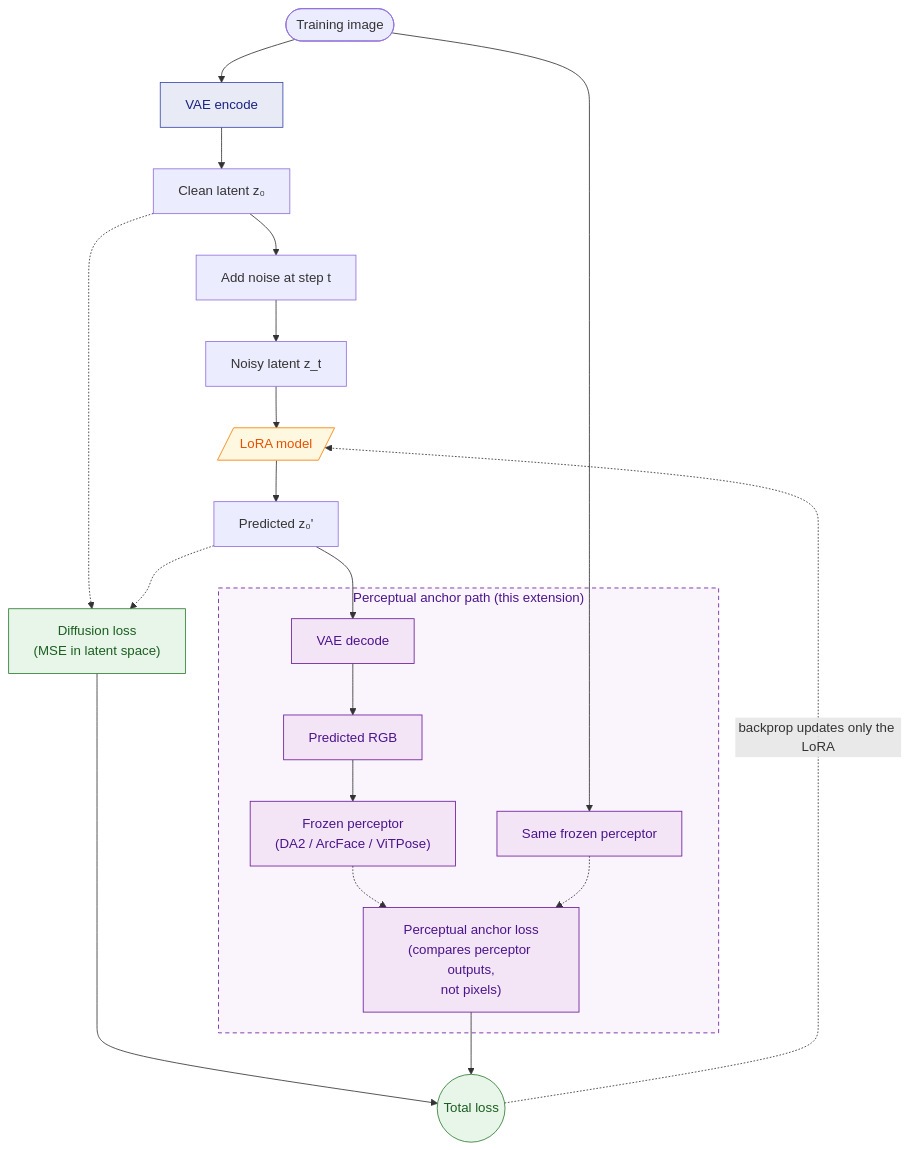
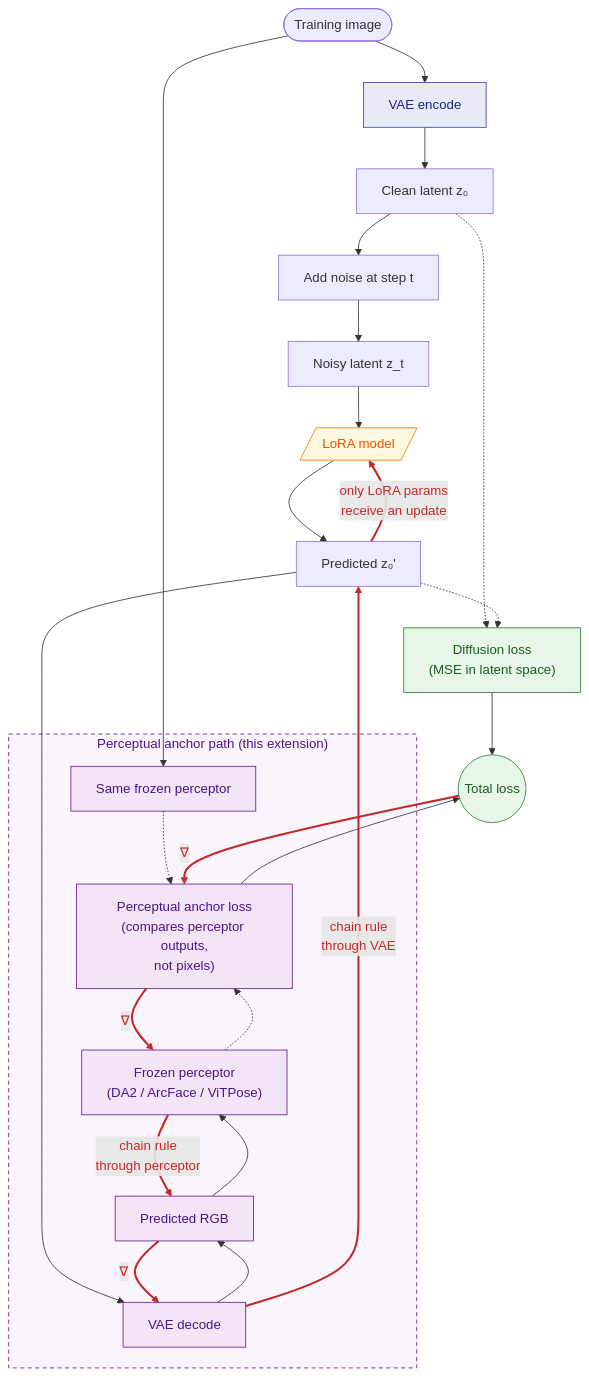
One commit to BuffaloBuffaloBuffaloBuffalo/ai-toolkit-perceptual changed the diagram in README.md. Above: the diagram before and after it, drawn with Mermaid. The commit also changed other lines of this file, not shown here.

Commit message:
README: trace the backward pass through perceptor and VAE in the diagram

````diff
--- a/README.md
+++ b/README.md
@@ -27,43 +27,53 @@
 ```mermaid
 flowchart TD
     GT([Training image])
     GT --> Encode[VAE encode]
     Encode --> Z0[Clean latent z₀]
     Z0 --> Noise[Add noise at step t]
     Noise --> Zt[Noisy latent z_t]
     Zt --> Model[/LoRA model/]
     Model --> Zhat[Predicted z₀']
 
     Z0 -.-> Diff["Diffusion loss<br/>(MSE in latent space)"]
     Zhat -.-> Diff
 
     subgraph Perceptual["Perceptual anchor path (this extension)"]
         Decode[VAE decode]
         RGBp[Predicted RGB]
         Pp["Frozen perceptor<br/>(DA2 / ArcFace / ViTPose)"]
         Pg[Same frozen perceptor]
         Anchor["Perceptual anchor loss<br/>(compares perceptor outputs,<br/>not pixels)"]
     end
 
     Zhat --> Decode
     Decode --> RGBp
     RGBp --> Pp
     GT --> Pg
     Pp -.-> Anchor
     Pg -.-> Anchor
 
     Diff --> Total((Total loss))
     Anchor --> Total
-    Total -. backprop updates only the LoRA .-> Model
+
+    %% Backward / gradient flow — explicit chain back through every frozen module
+    Total ==>|"∇"| Anchor
+    Anchor ==>|"∇"| Pp
+    Pp ==>|"chain rule<br/>through perceptor"| RGBp
+    RGBp ==>|"∇"| Decode
+    Decode ==>|"chain rule<br/>through VAE"| Zhat
+    Zhat ==>|"only LoRA params<br/>receive an update"| Model
 
     classDef frozen fill:#e8eaf6,stroke:#3949ab,color:#1a237e
     classDef trainable fill:#fff8e1,stroke:#f57c00,color:#e65100
     classDef loss fill:#e8f5e9,stroke:#2e7d32,color:#1b5e20
     classDef anchor fill:#f3e5f5,stroke:#6a1b9a,color:#4a148c
 
     class Encode frozen
     class Model trainable
     class Diff,Total loss
     class Decode,RGBp,Pp,Pg,Anchor anchor
     style Perceptual fill:#faf5fc,stroke:#6a1b9a,stroke-dasharray:5 4,color:#4a148c
+
+    %% Backward arrows in red so they're distinct from the forward pass
+    linkStyle 16,17,18,19,20,21 stroke:#c62828,stroke-width:2.5px,color:#c62828
 ```
````
